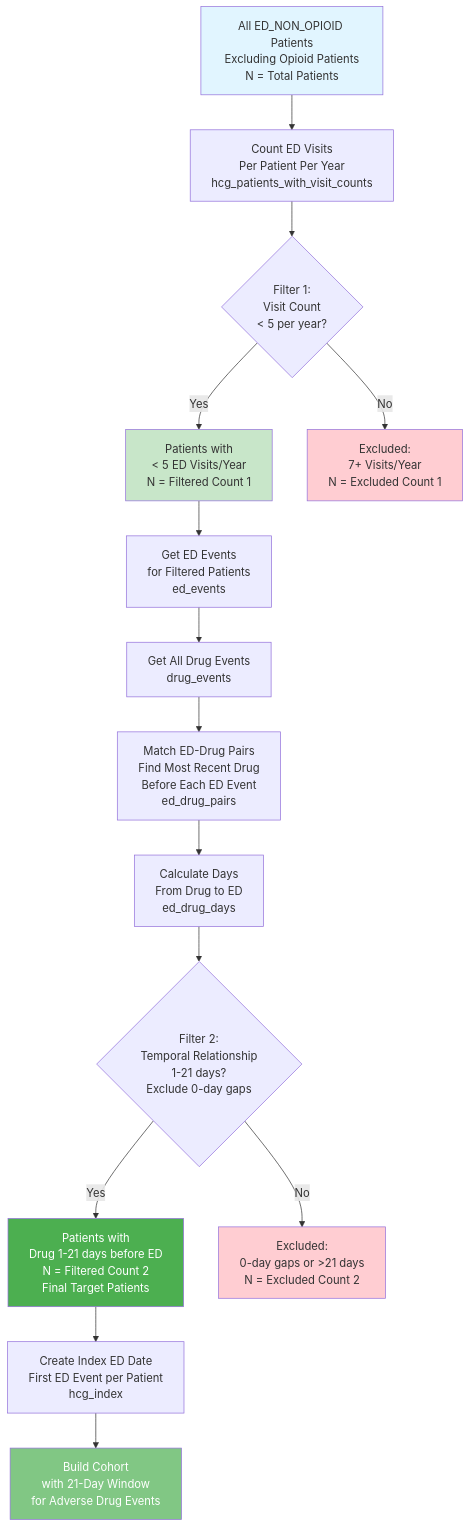
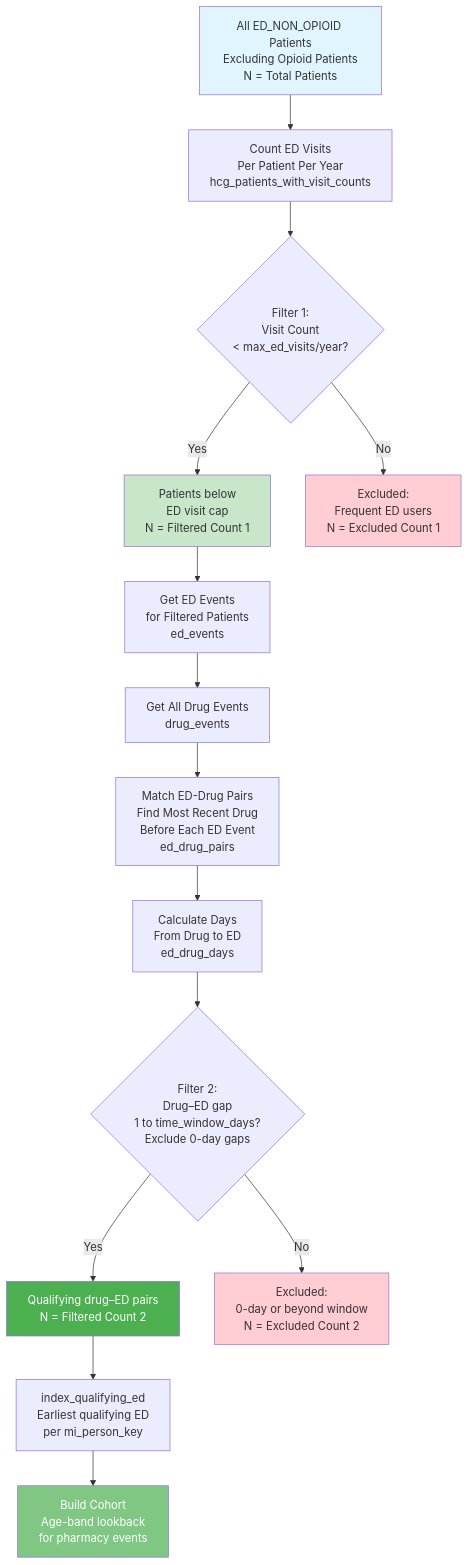
The diagram in 2_create_cohort/README.md (Jerome3590/pgx-analysis), drawn with Mermaid before and after one commit. The commit also changed other lines of this file and 27 other files, not shown here.

````diff
--- a/2_create_cohort/README.md
+++ b/2_create_cohort/README.md
@@ -215,23 +216,23 @@
 ```mermaid
 flowchart TD
     A[All ED_NON_OPIOID Patients<br/>Excluding Opioid Patients<br/>N = Total Patients] --> B[Count ED Visits<br/>Per Patient Per Year<br/>hcg_patients_with_visit_counts]
-    B --> C{Filter 1:<br/>Visit Count<br/>< 5 per year?}
-    C -->|Yes| D[Patients with<br/>< 5 ED Visits/Year<br/>N = Filtered Count 1]
-    C -->|No| E[Excluded:<br/>7+ Visits/Year<br/>N = Excluded Count 1]
+    B --> C{Filter 1:<br/>Visit Count<br/>&lt; max_ed_visits/year?}
+    C -->|Yes| D[Patients below<br/>ED visit cap<br/>N = Filtered Count 1]
+    C -->|No| E[Excluded:<br/>Frequent ED users<br/>N = Excluded Count 1]
     D --> F[Get ED Events<br/>for Filtered Patients<br/>ed_events]
     F --> G[Get All Drug Events<br/>drug_events]
     G --> H[Match ED-Drug Pairs<br/>Find Most Recent Drug<br/>Before Each ED Event<br/>ed_drug_pairs]
     H --> I[Calculate Days<br/>From Drug to ED<br/>ed_drug_days]
-    I --> J{Filter 2:<br/>Temporal Relationship<br/>1-21 days?<br/>Exclude 0-day gaps}
-    J -->|Yes| K[Patients with<br/>Drug 1-21 days before ED<br/>N = Filtered Count 2<br/>Final Target Patients]
-    J -->|No| L[Excluded:<br/>0-day gaps or >21 days<br/>N = Excluded Count 2]
-    K --> M[Create Index ED Date<br/>First ED Event per Patient<br/>hcg_index]
-    M --> N[Build Cohort<br/>with 21-Day Window<br/>for Adverse Drug Events]
+    I --> J{Filter 2:<br/>Drug–ED gap<br/>1 to time_window_days?<br/>Exclude 0-day gaps}
+    J -->|Yes| K[Qualifying drug–ED pairs<br/>N = Filtered Count 2]
+    J -->|No| L[Excluded:<br/>0-day or beyond window<br/>N = Excluded Count 2]
+    K --> M[index_qualifying_ed<br/>Earliest qualifying ED<br/>per mi_person_key]
+    M --> N[Build Cohort<br/>Age-band lookback<br/>for pharmacy events]
 
     style A fill:#e1f5ff
     style D fill:#c8e6c9
     style K fill:#4caf50,color:#fff
     style E fill:#ffcdd2
     style L fill:#ffcdd2
     style N fill:#81c784,color:#fff
 ```
````
